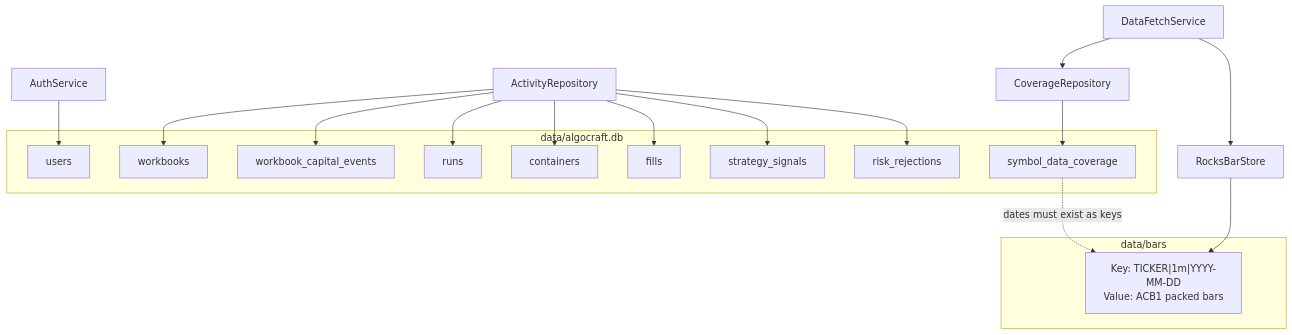
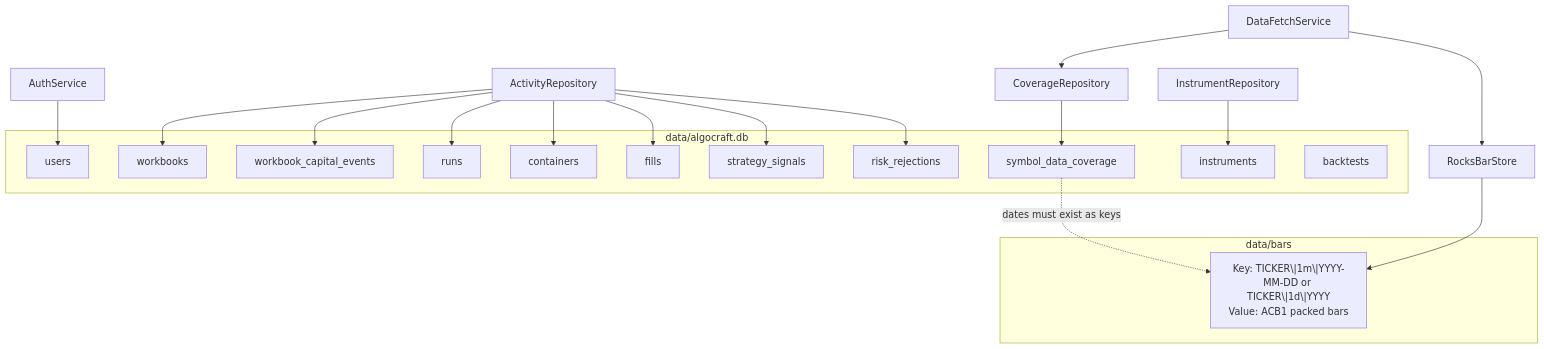
Before and after one commit to Ruhangrk/AlgoCraft: the eighth of 8 diagrams in Notes/CODEMAP.md, drawn with Mermaid. The commit also changed other lines of this file and 44 other files, not shown here.

````diff
--- a/Notes/CODEMAP.md
+++ b/Notes/CODEMAP.md
@@ -366,25 +404,28 @@
 ```mermaid
 flowchart TB
   subgraph SQLite["data/algocraft.db"]
     U[users]
     W[workbooks]
     CE[workbook_capital_events]
     RN[runs]
     CT[containers]
     F[fills]
     SIG[strategy_signals]
     REJ[risk_rejections]
     COV[symbol_data_coverage]
+    INST[instruments]
+    BT[backtests]
   end
 
   subgraph Rocks["data/bars"]
-    K["Key: TICKER|1m|YYYY-MM-DD<br/>Value: ACB1 packed bars"]
+    K["Key: TICKER\|1m\|YYYY-MM-DD or TICKER\|1d\|YYYY<br/>Value: ACB1 packed bars"]
   end
 
   AUTH["AuthService"] --> U
   ACT["ActivityRepository"] --> W & CE & RN & CT & F & SIG & REJ
   COVR["CoverageRepository"] --> COV
+  INSTREPO["InstrumentRepository"] --> INST
   COV -.->|"dates must exist as keys"| K
   RBS["RocksBarStore"] --> K
   DFS["DataFetchService"] --> COVR & RBS
 ```
````
